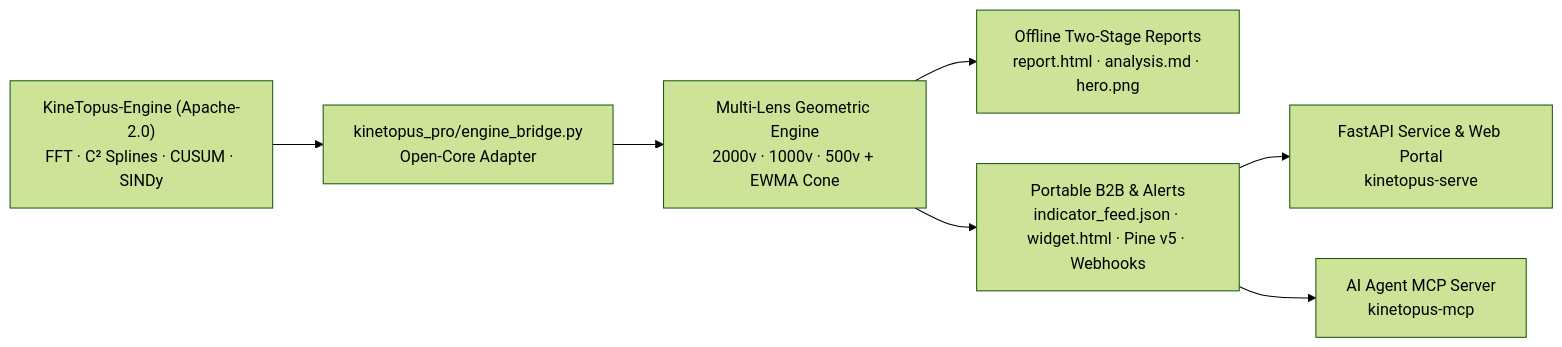
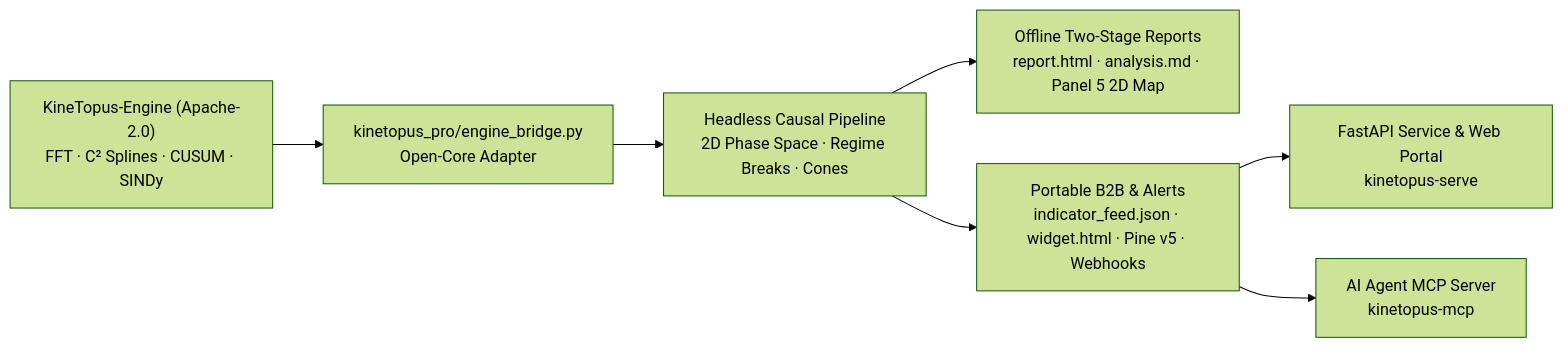
One commit to JuanDie778/KineTopus-Analyst changed the diagram in README.md. Above: the diagram before and after it, drawn with Mermaid (forest theme). The commit also changed other lines of this file and 13 other files, not shown here.

Commit message:
docs(readme): refocus presentation around 2D Phase-Space Attractor Microscope & Gran Estudio v3 findings

````diff
--- a/README.md
+++ b/README.md
@@ -96,9 +115,9 @@
 ```mermaid
 flowchart LR
     CORE["KineTopus-Engine (Apache-2.0)<br/>FFT · C² Splines · CUSUM · SINDy"] --> BRIDGE["kinetopus_pro/engine_bridge.py<br/>Open-Core Adapter"]
-    BRIDGE --> PIPE["Multi-Lens Geometric Engine<br/>2000v · 1000v · 500v + EWMA Cone"]
-    PIPE --> RPT["Offline Two-Stage Reports<br/>report.html · analysis.md · hero.png"]
+    BRIDGE --> PIPE["Headless Causal Pipeline<br/>2D Phase Space · Regime Breaks · Cones"]
+    PIPE --> RPT["Offline Two-Stage Reports<br/>report.html · analysis.md · Panel 5 2D Map"]
     PIPE --> B2B["Portable B2B & Alerts<br/>indicator_feed.json · widget.html · Pine v5 · Webhooks"]
     B2B --> SVC["FastAPI Service & Web Portal<br/>kinetopus-serve"]
     B2B --> MCP["AI Agent MCP Server<br/>kinetopus-mcp"]
 ```
````
